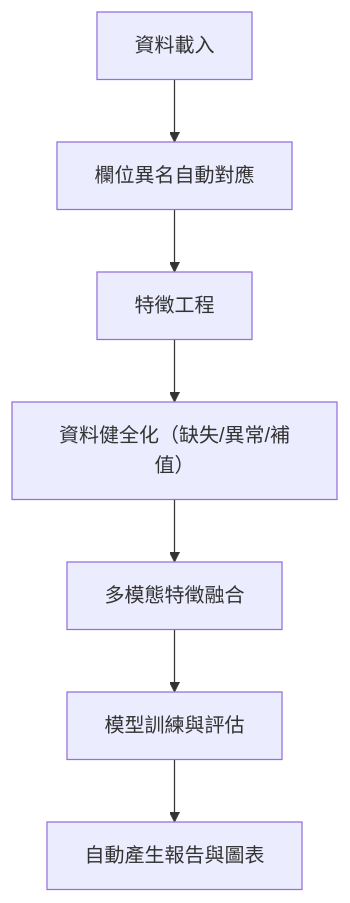
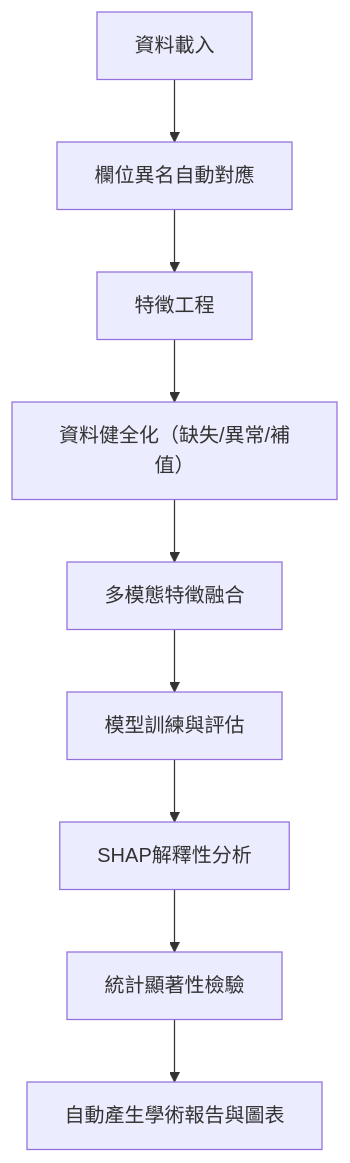
The diagram in README.md (MJS-Ermine/StudentLifeResearch), drawn with Mermaid before and after one commit. The commit also changed other lines of this file and 39 other files, not shown here.

Commit message:
完成 StudentLife 研究：數據一致性修正與完整學術分析 - 修正模型性能數值一致性 (RandomForest R = 0.208) - 完成 SHAP 解釋性分析與視覺化 - 生成 45+ 張專業分析圖表 - 新增完整學術報告和海報設計指導 - 確保所有數據的學術誠信

````diff
--- a/README.md
+++ b/README.md
@@ -13,9 +69,11 @@
 ```mermaid
 flowchart TD
     A[資料載入] --> B[欄位異名自動對應]
     B --> C[特徵工程]
     C --> D[資料健全化（缺失/異常/補值）]
     D --> E[多模態特徵融合]
     E --> F[模型訓練與評估]
-    F --> G[自動產生報告與圖表]
+    F --> G[SHAP解釋性分析]
+    G --> H[統計顯著性檢驗]
+    H --> I[自動產生學術報告與圖表]
 ```
````
